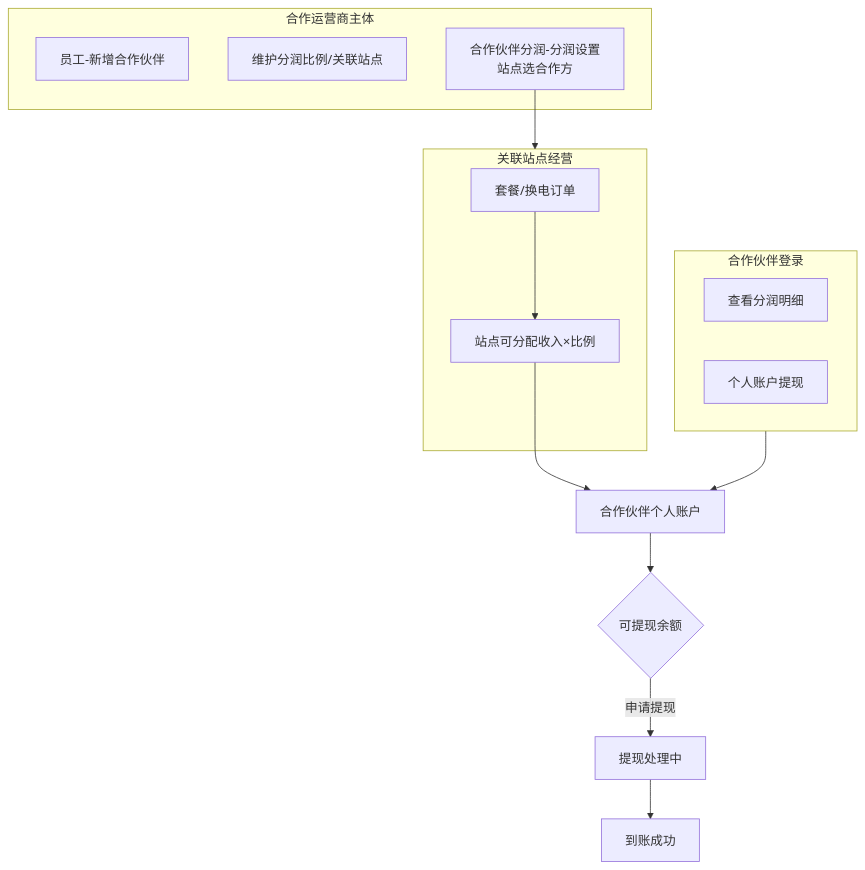
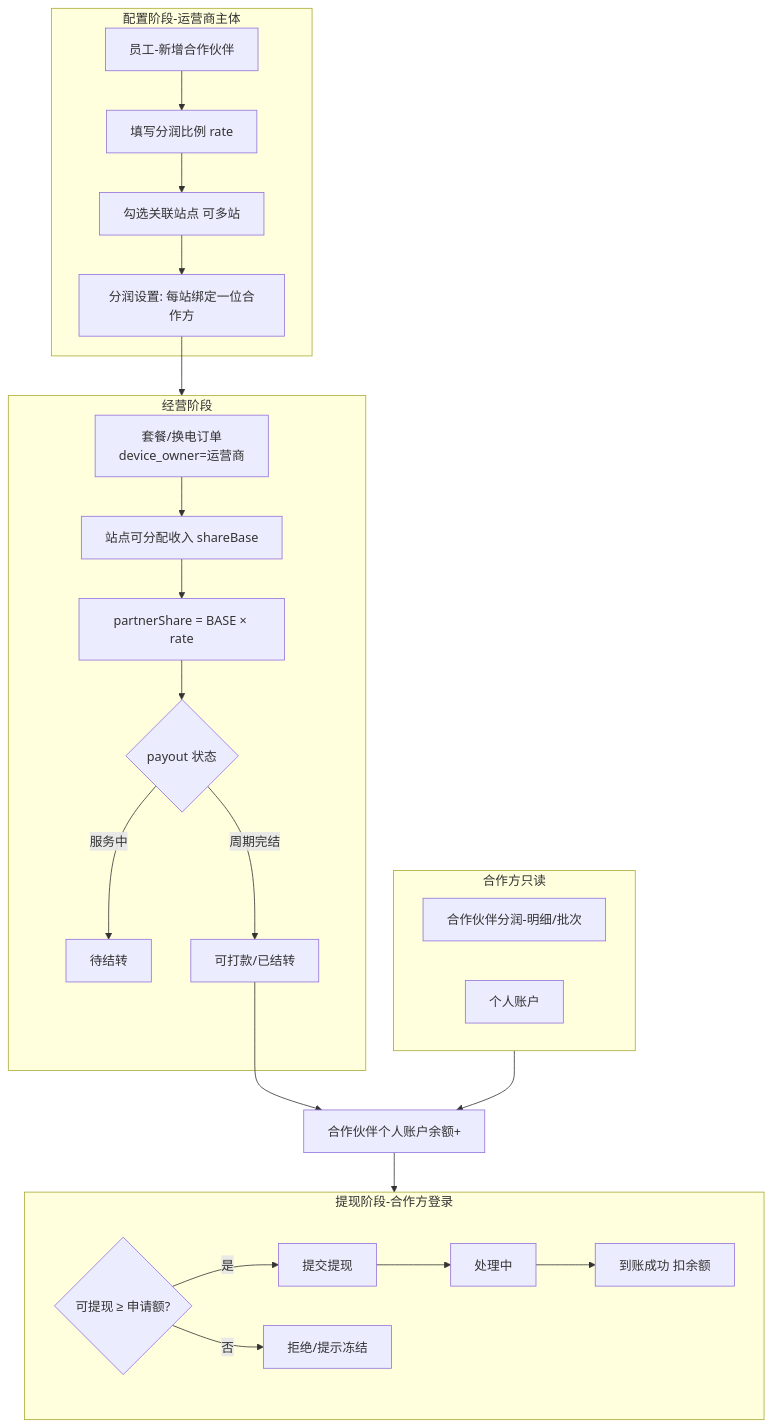
The tenth of 16 diagrams in docs/功能结构与业务流程.md (liudali/rider-swap-operator-prototype), drawn with Mermaid before and after one commit. The commit also changed other lines of this file and 1 other file, not shown here.

Commit message:
Expand core business process flows with steps, states, and edge cases.

````diff
--- a/docs/功能结构与业务流程.md
+++ b/docs/功能结构与业务流程.md
@@ -249,25 +386,37 @@
 ```mermaid
 flowchart TB
-  subgraph host [合作运营商主体]
+  subgraph cfg [配置阶段-运营商主体]
     E1[员工-新增合作伙伴]
-    E2[维护分润比例/关联站点]
-    PS[合作伙伴分润-分润设置<br/>站点选合作方]
+    E2[填写分润比例 rate]
+    E3[勾选关联站点 可多站]
+    PS[分润设置: 每站绑定一位合作方]
+    E1 --> E2 --> E3 --> PS
   end
 
-  subgraph site [关联站点经营]
-    O1[套餐/换电订单]
-    O1 --> Base[站点可分配收入×比例]
+  subgraph run [经营阶段]
+    O1[套餐/换电订单<br/>device_owner=运营商]
+    O1 --> BASE[站点可分配收入 shareBase]
+    BASE --> CALC[partnerShare = BASE × rate]
+    CALC --> ST{payout 状态}
+    ST -->|服务中| P1[待结转]
+    ST -->|周期完结| P2[可打款/已结转]
   end
 
-  PS --> site
-  Base --> Acc[合作伙伴个人账户]
-  Acc --> W1{可提现余额}
-  W1 -->|申请提现| W2[提现处理中]
-  W2 --> W3[到账成功]
+  PS --> run
+  P2 --> ACC[合作伙伴个人账户余额+]
 
-  subgraph ptr [合作伙伴登录]
-    P1[查看分润明细]
-    P2[个人账户提现]
+  subgraph cash [提现阶段-合作方登录]
+    W0{可提现 ≥ 申请额?}
+    W0 -->|是| W1[提交提现]
+    W1 --> W2[处理中]
+    W2 --> W3[到账成功 扣余额]
+    W0 -->|否| WX[拒绝/提示冻结]
   end
-  ptr --> Acc
+
+  ACC --> cash
+  subgraph view [合作方只读]
+    V1[合作伙伴分润-明细/批次]
+    V2[个人账户]
+  end
+  view --> ACC
 ```
````
